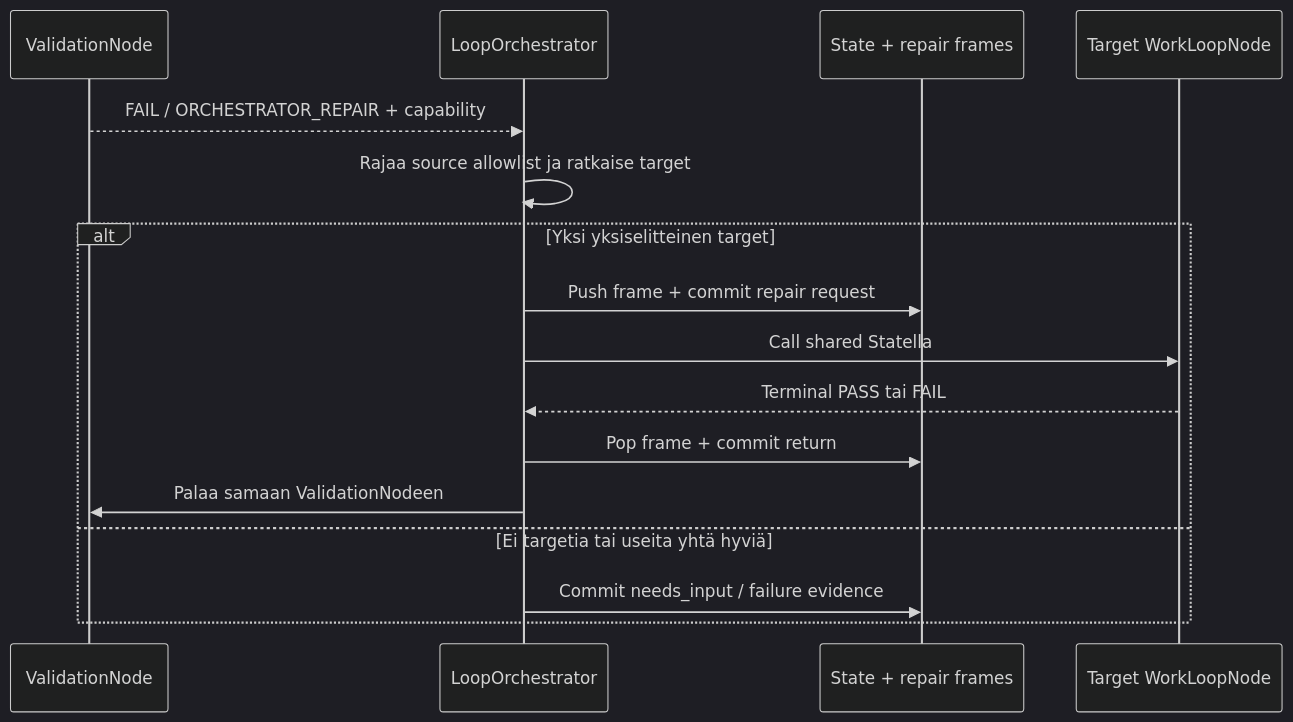
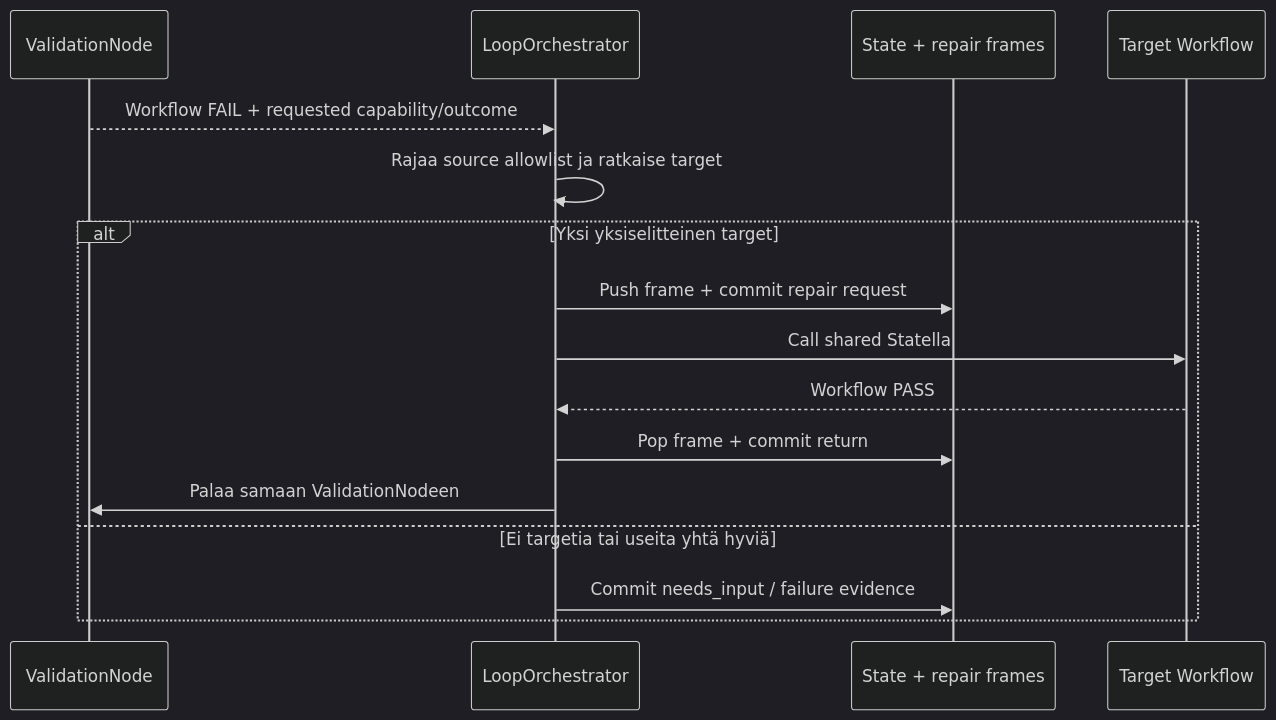
The third of 5 diagrams in .ballet/arc42/06-runtime-view.md (isinisalo/ballet), drawn with Mermaid (dark theme) before and after one commit. The commit also changed other lines of this file and 272 other files, not shown here.

````diff
--- a/.ballet/arc42/06-runtime-view.md
+++ b/.ballet/arc42/06-runtime-view.md
@@ -62,18 +77,18 @@
 ```mermaid
 sequenceDiagram
   participant Validation as ValidationNode
   participant Runtime as LoopOrchestrator
   participant State as State + repair frames
-  participant Repair as Target WorkLoopNode
-  Validation-->>Runtime: FAIL / ORCHESTRATOR_REPAIR + capability
+  participant Repair as Target Workflow
+  Validation-->>Runtime: Workflow FAIL + requested capability/outcome
   Runtime->>Runtime: Rajaa source allowlist ja ratkaise target
   alt Yksi yksiselitteinen target
     Runtime->>State: Push frame + commit repair request
     Runtime->>Repair: Call shared Statella
-    Repair-->>Runtime: Terminal PASS tai FAIL
+    Repair-->>Runtime: Workflow PASS
     Runtime->>State: Pop frame + commit return
     Runtime->>Validation: Palaa samaan ValidationNodeen
   else Ei targetia tai useita yhtä hyviä
     Runtime->>State: Commit needs_input / failure evidence
   end
 ```
````
